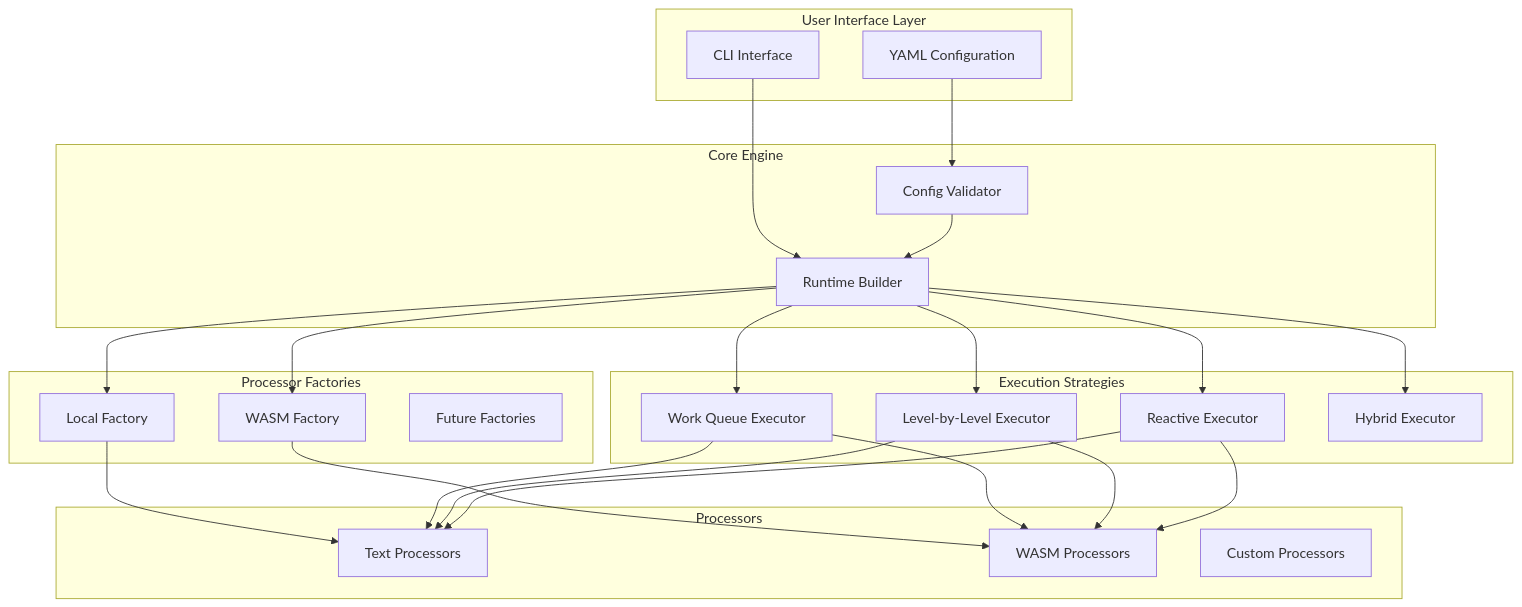
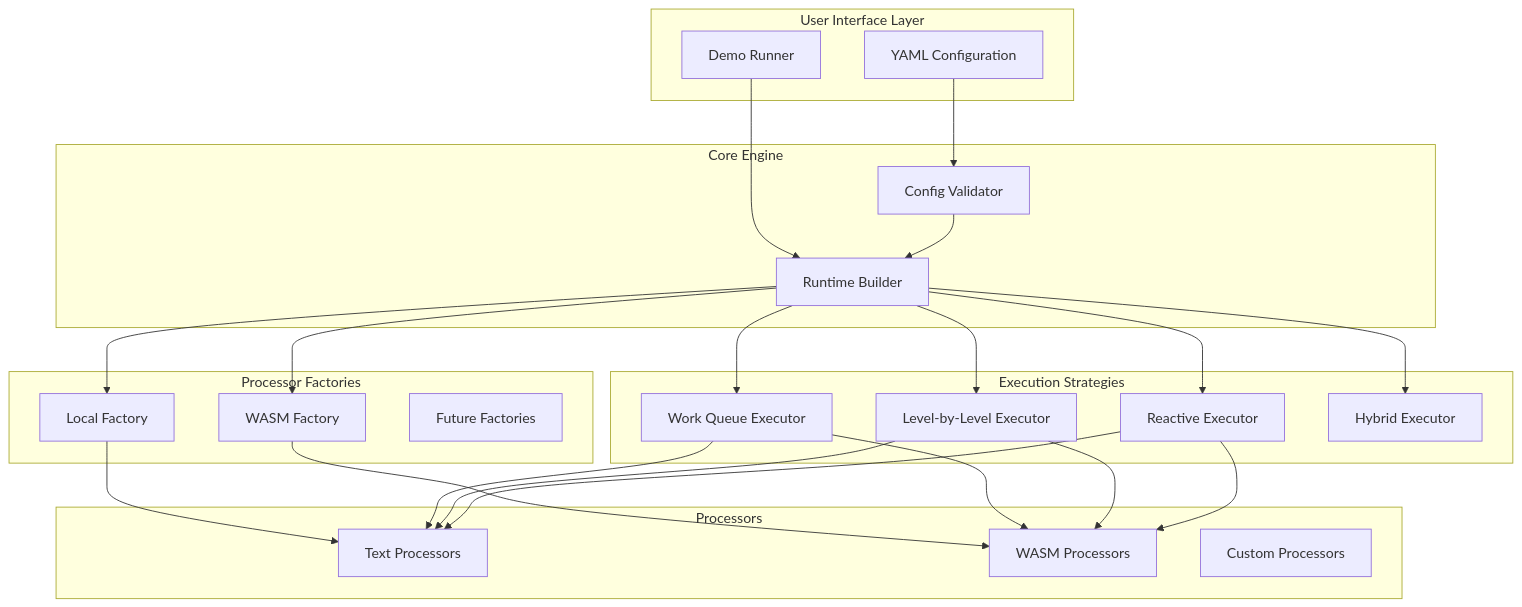
The diagram in docs/demo/src/architecture.md (ciroque/the-dagwood), drawn with Mermaid before and after one commit. The commit also changed other lines of this file and 6 other files, not shown here.

````diff
--- a/docs/demo/src/architecture.md
+++ b/docs/demo/src/architecture.md
@@ -9,49 +9,49 @@
 ```mermaid
 graph TB
     subgraph "User Interface Layer"
-        CLI[CLI Interface]
+        CLI[Demo Runner]
         Config[YAML Configuration]
     end
     
     subgraph "Core Engine"
         Runtime[Runtime Builder]
         Validator[Config Validator]
     end
     
     subgraph "Execution Strategies"
         WQ[Work Queue Executor]
         LBL[Level-by-Level Executor]
         Reactive[Reactive Executor]
         Hybrid[Hybrid Executor]
     end
     
     subgraph "Processor Factories"
         LocalFactory[Local Factory]
         WasmFactory[WASM Factory]
         FutureFactory[Future Factories]
     end
     
     subgraph "Processors"
         TextProc[Text Processors]
         WasmProc[WASM Processors]
         CustomProc[Custom Processors]
     end
     
     CLI --> Runtime
     Config --> Validator
     Validator --> Runtime
     Runtime --> WQ
     Runtime --> LBL
     Runtime --> Reactive
     Runtime --> Hybrid
     Runtime --> LocalFactory
     Runtime --> WasmFactory
     LocalFactory --> TextProc
     WasmFactory --> WasmProc
     WQ --> TextProc
     WQ --> WasmProc
     LBL --> TextProc
     LBL --> WasmProc
     Reactive --> TextProc
     Reactive --> WasmProc
 ```
````
